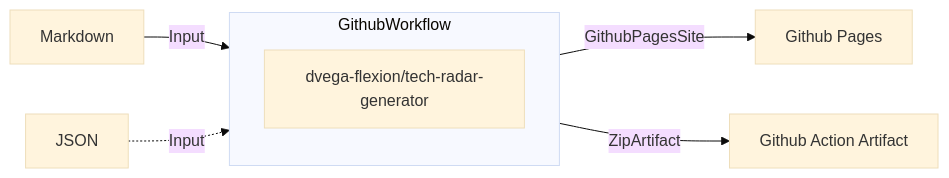
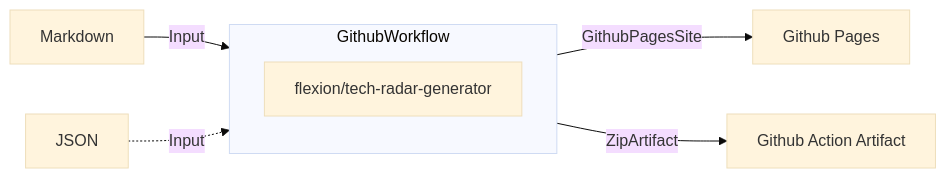
The diagram in README.md (dukeofgaming/tech-radar-generator), drawn with Mermaid (base theme) before and after one commit. The commit also changed other lines of this file, not shown here.

Commit message:
Changing references to official repo/action

````diff
--- a/README.md
+++ b/README.md
@@ -6,14 +6,14 @@
 ```mermaid
 graph LR
 
     MarkdownInput[Markdown] -->|Input| GithubWorkflow
     JSONInput[JSON] -.->|Input| GithubWorkflow
     GithubWorkflow -->|GithubPagesSite| GithubPages[Github Pages]
     GithubWorkflow -->|ZipArtifact| GithubActionArtifact[Github Action Artifact]
 
     subgraph GithubWorkflow
-        TechRadarAction[dvega-flexion/tech-radar-generator]
+        TechRadarAction[flexion/tech-radar-generator]
     end
 
 
 ```
````
